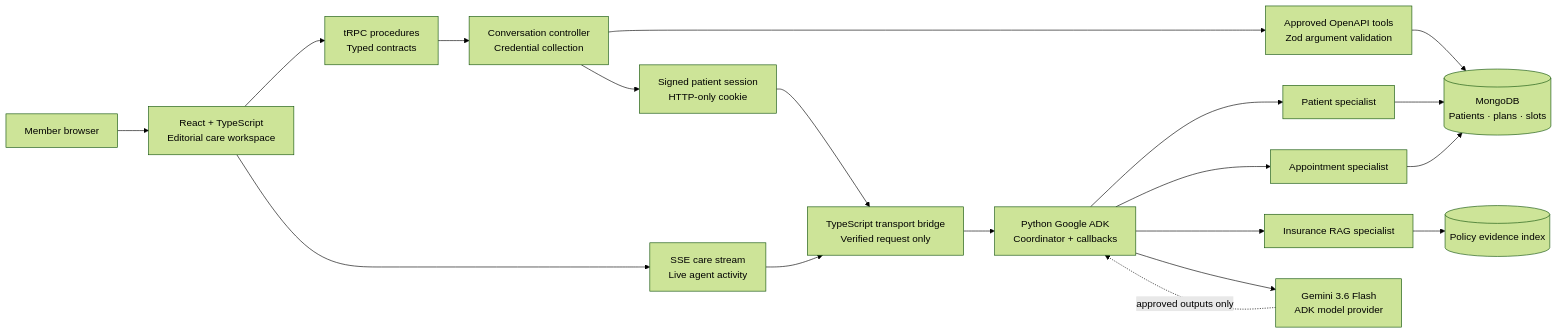
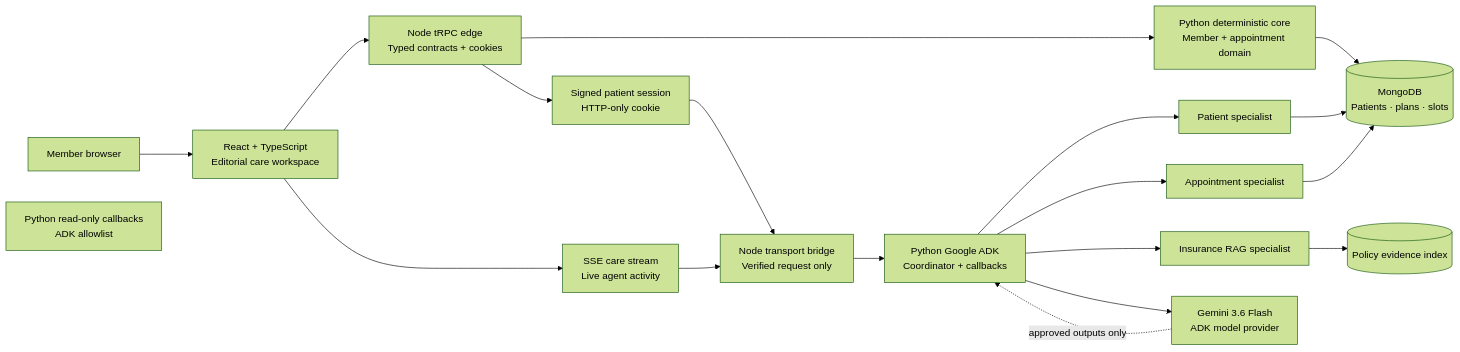
One commit to Samarssj/novacorp-healthcare-ai changed the second of 2 diagrams in README.md. Above: the diagram before and after it, drawn with Mermaid (forest theme). The commit also changed other lines of this file and 16 other files, not shown here.

````diff
--- a/README.md
+++ b/README.md
@@ -68,37 +69,36 @@
 ```mermaid
 flowchart LR
     member[Member browser]
     web[React + TypeScript\nEditorial care workspace]
-    trpc[tRPC procedures\nTyped contracts]
+    trpc[Node tRPC edge\nTyped contracts + cookies]
     sse[SSE care stream\nLive agent activity]
-    access[Conversation controller\nCredential collection]
+    access[Python deterministic core\nMember + appointment domain]
     session[Signed patient session\nHTTP-only cookie]
-    bridge[TypeScript transport bridge\nVerified request only]
+    bridge[Node transport bridge\nVerified request only]
     router[Python Google ADK\nCoordinator + callbacks]
-    tools[Approved OpenAPI tools\nZod argument validation]
+    tools[Python read-only callbacks\nADK allowlist]
     patient[Patient specialist]
     insurance[Insurance RAG specialist]
     appointment[Appointment specialist]
     gemini[Gemini 3.6 Flash\nADK model provider]
     db[(MongoDB\nPatients · plans · slots)]
     evidence[(Policy evidence index)]
 
     member --> web
     web --> trpc
     web --> sse
     trpc --> access
-    access --> tools
-    tools --> db
-    access --> session
+    access --> db
+    trpc --> session
     session --> bridge
     sse --> bridge
     bridge --> router
     router --> patient
     router --> insurance
     router --> appointment
     router --> gemini
     patient --> db
     insurance --> evidence
     appointment --> db
     gemini -. approved outputs only .-> router
 ```
````
